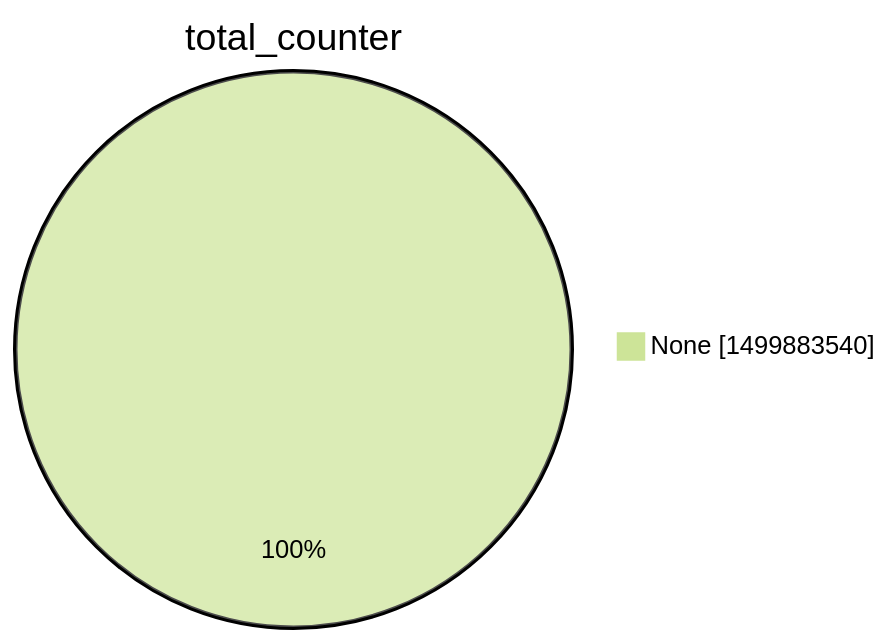
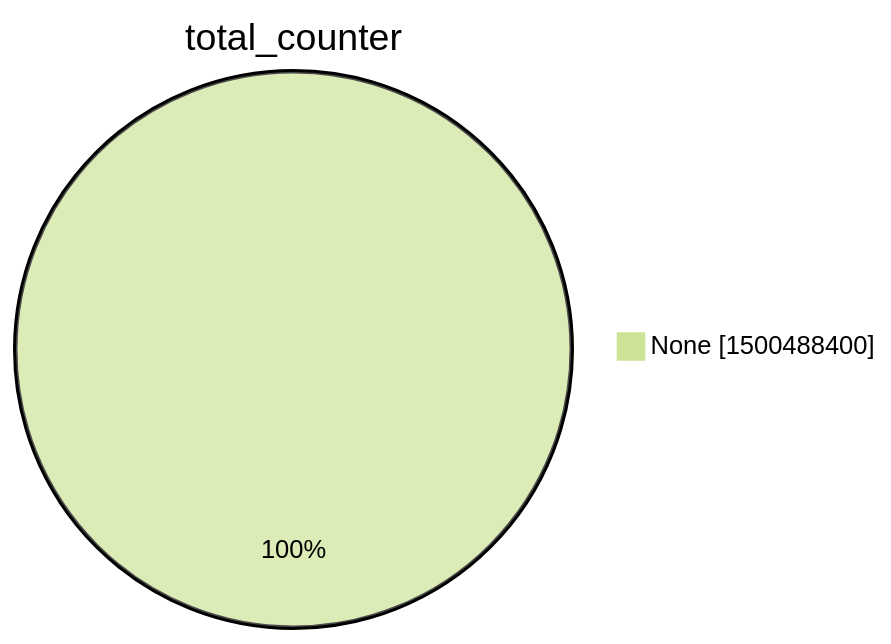
The second of 15 diagrams in argon2022/README.md (christiankrug/ctmonitor_visualization), drawn with Mermaid (forest theme) before and after one commit. The commit also changed other lines of this file, not shown here.

````diff
--- a/argon2022/README.md
+++ b/argon2022/README.md
@@ -9,5 +9,5 @@
 ```mermaid
 pie showData
 title total_counter
-"None" :1499883540
+"None" :1500488400
 ```
````
